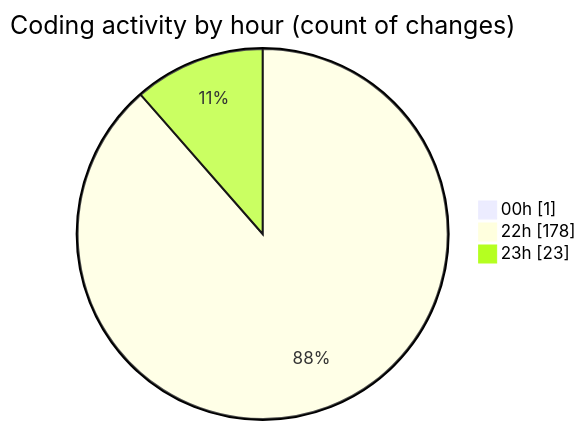
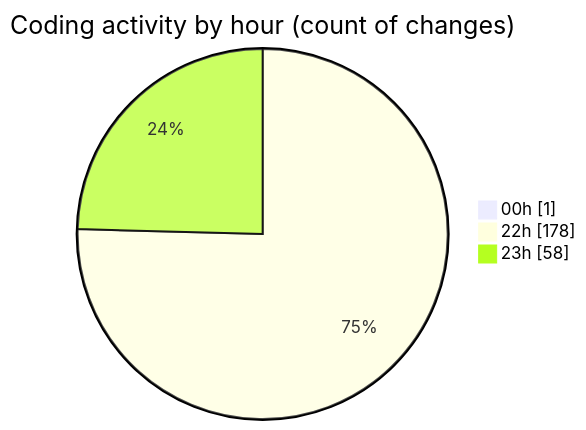
The second of 2 diagrams in 2025-08-04/javascript/README.md (Ritupan-Deka/code-tracking), drawn with Mermaid before and after one commit. The commit also changed other lines of this file and 1 other file, not shown here.

````diff
--- a/2025-08-04/javascript/README.md
+++ b/2025-08-04/javascript/README.md
@@ -30,7 +31,7 @@
 ```mermaid
 pie showData
 title Coding activity by hour (count of changes)
 "00h" : 1
 "22h" : 178
-"23h" : 23
+"23h" : 58
 ```
````
